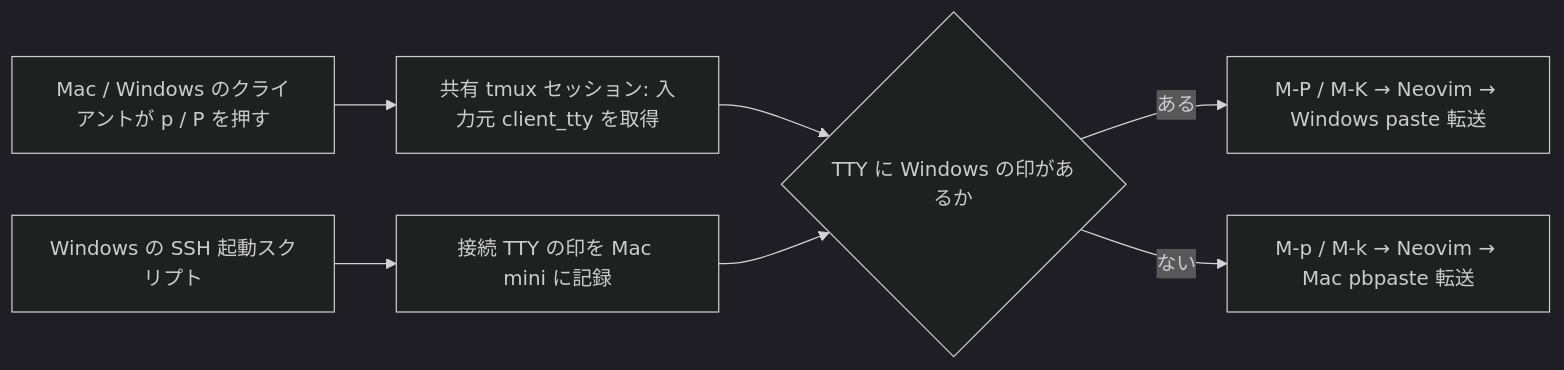
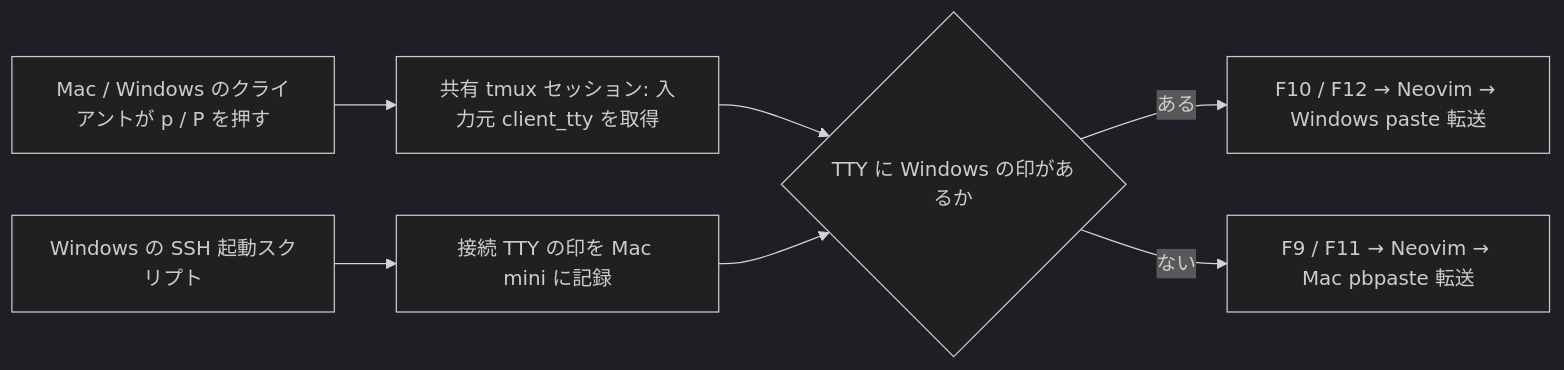
One commit to t-akira012/dotfiles changed the fifth of 8 diagrams in adr/0001-ssh-tmux-clipboard-osc52.md. Above: the diagram before and after it, drawn with Mermaid (dark theme). The commit also changed other lines of this file and 1 other file, not shown here.

Commit message:
Route Neovim paste keys with supported function keys

````diff
--- a/adr/0001-ssh-tmux-clipboard-osc52.md
+++ b/adr/0001-ssh-tmux-clipboard-osc52.md
@@ -170,9 +170,9 @@
 ```mermaid
 flowchart LR
   W["Windows の SSH 起動スクリプト"] --> M["接続 TTY の印を Mac mini に記録"]
   K["Mac / Windows のクライアントが p / P を押す"] --> T["共有 tmux セッション: 入力元 client_tty を取得"]
   T --> L{"TTY に Windows の印があるか"}
   M --> L
-  L -->|"ある"| FW["M-P / M-K → Neovim → Windows paste 転送"]
-  L -->|"ない"| FM["M-p / M-k → Neovim → Mac pbpaste 転送"]
+  L -->|"ある"| FW["F10 / F12 → Neovim → Windows paste 転送"]
+  L -->|"ない"| FM["F9 / F11 → Neovim → Mac pbpaste 転送"]
 ```
````
